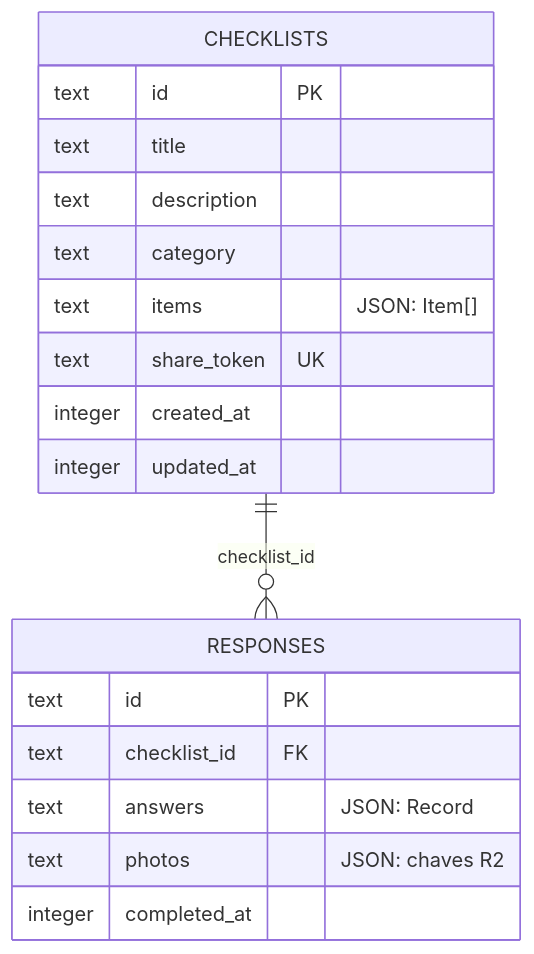
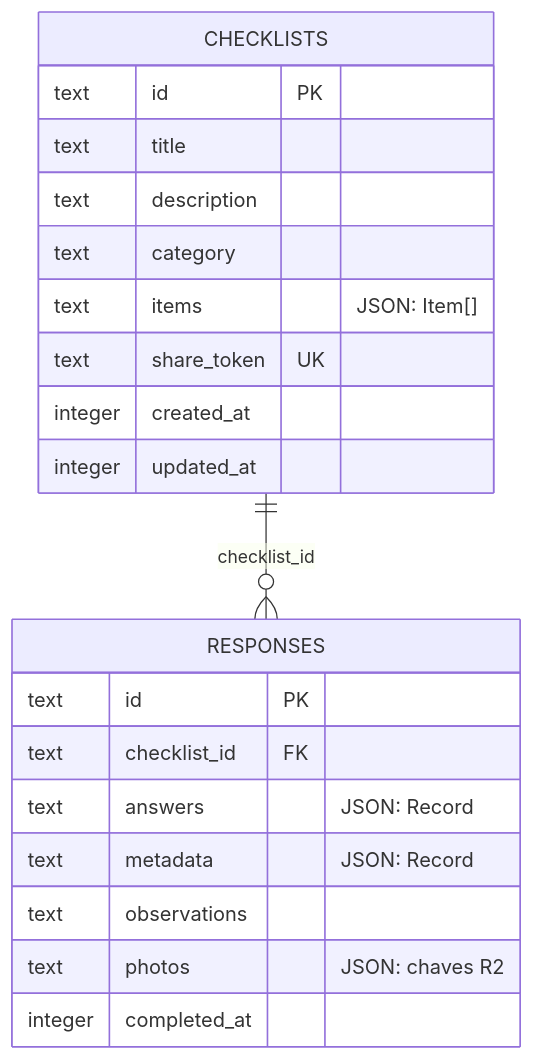
The sixth of 6 diagrams in README.md (teonett/gerador_conferencia_p0l4r1s), drawn with Mermaid before and after one commit. The commit also changed other lines of this file and 4 other files, not shown here.

````diff
--- a/README.md
+++ b/README.md
@@ -221,23 +255,25 @@
 ```mermaid
 erDiagram
     CHECKLISTS ||--o{ RESPONSES : checklist_id
 
     CHECKLISTS {
         text id PK
         text title
         text description
         text category
         text items "JSON: Item[]"
         text share_token UK
         integer created_at
         integer updated_at
     }
 
     RESPONSES {
         text id PK
         text checklist_id FK
         text answers "JSON: Record<itemId, string[]>"
+        text metadata "JSON: Record<fieldId, valor>"
+        text observations
         text photos "JSON: chaves R2"
         integer completed_at
     }
 ```
````
